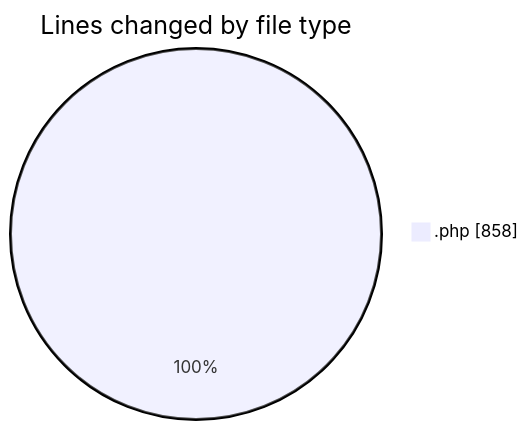
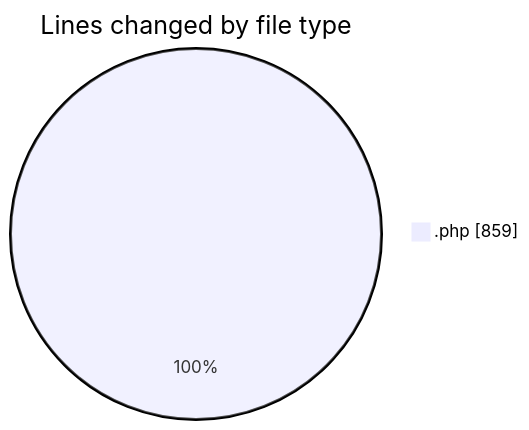
One commit to LanceThiago/code-tracking changed the first of 2 diagrams in 2025-11-04/web/README.md. Above: the diagram before and after it, drawn with Mermaid. The commit also changed other lines of this file and 1 other file, not shown here.

````diff
--- a/2025-11-04/web/README.md
+++ b/2025-11-04/web/README.md
@@ -29,5 +29,5 @@
 ```mermaid
 pie showData
 title Lines changed by file type
-".php" : 858
+".php" : 859
 ```
````
